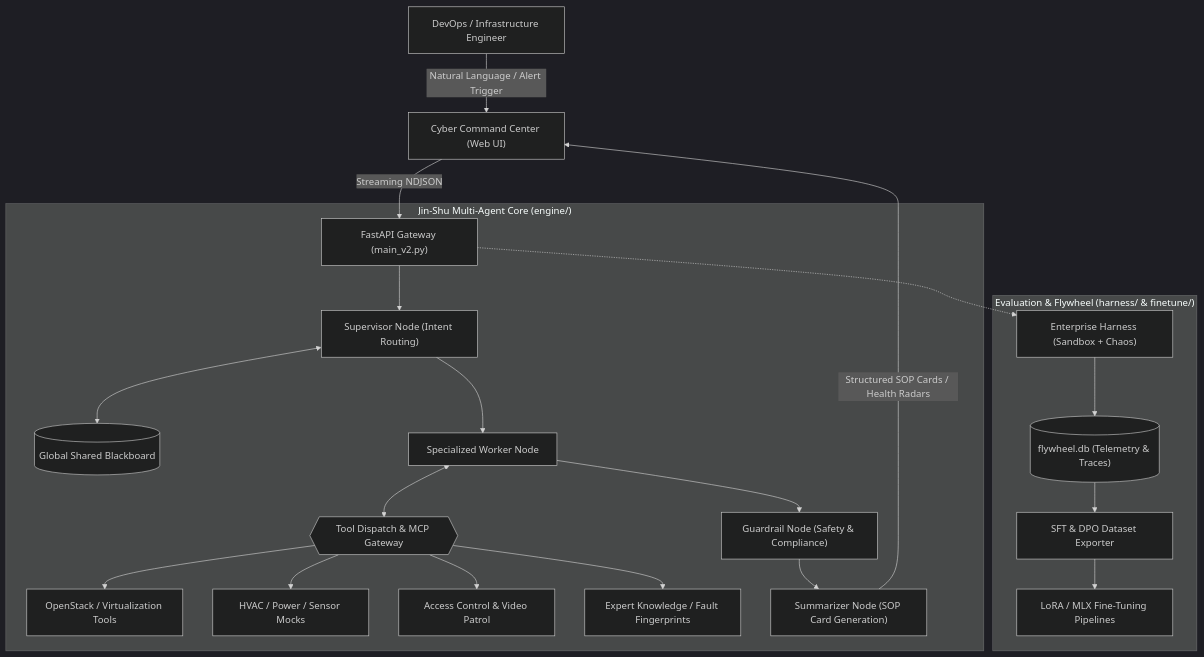
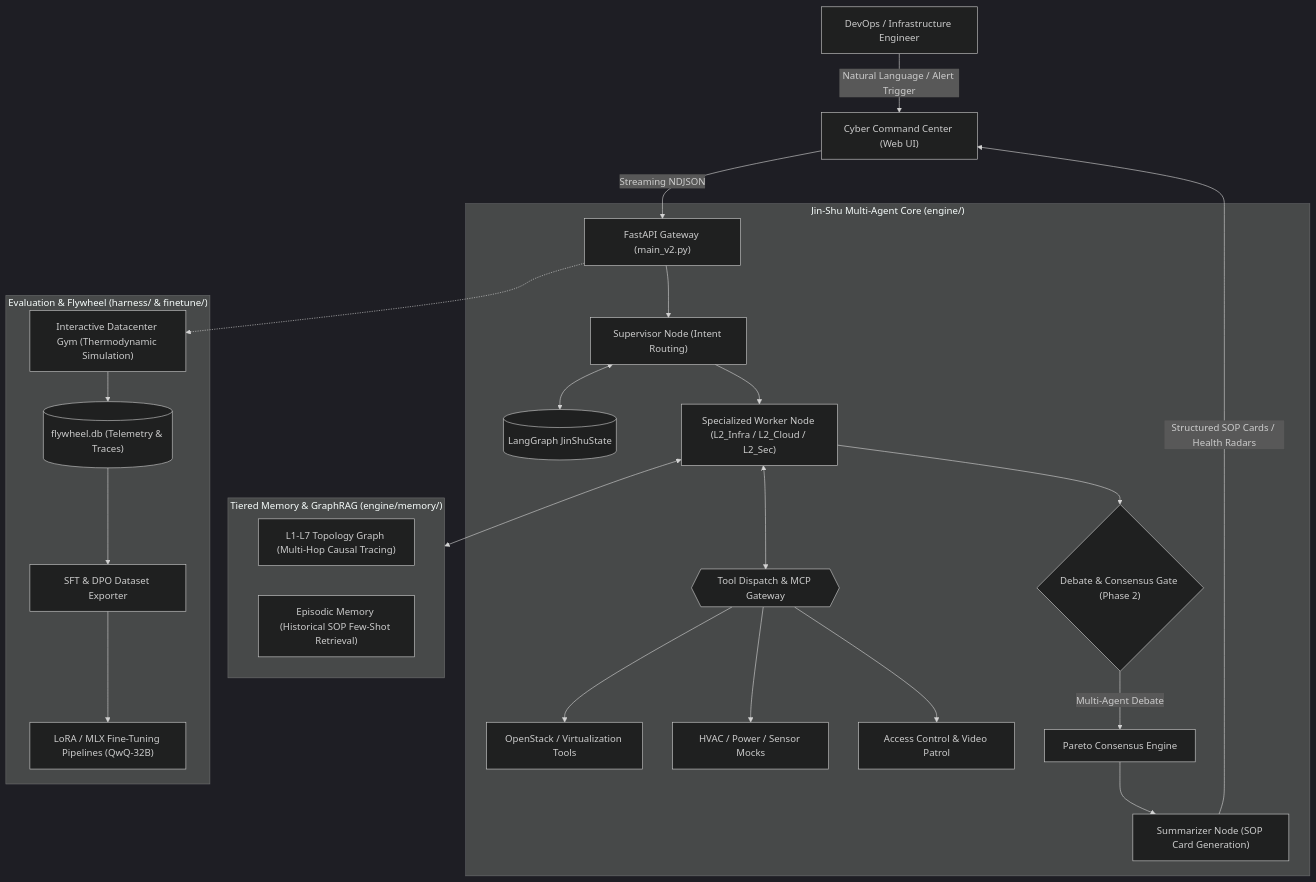
Before and after one commit to hanfield/Jinjing_Agent: the diagram in README.md, drawn with Mermaid (dark theme). The commit also changed other lines of this file and 7 other files, not shown here.

Commit message:
feat(phase-2): add multi-agent debate consensus, topology graphrag, episodic memory, and stateful gym

````diff
--- a/README.md
+++ b/README.md
@@ -33,30 +35,38 @@
 ```mermaid
 graph TD
     User["DevOps / Infrastructure Engineer"] -->|Natural Language / Alert Trigger| WebUI["Cyber Command Center (Web UI)"]
     WebUI -->|Streaming NDJSON| FastAPI["FastAPI Gateway (main_v2.py)"]
 
+    subgraph Memory_Layer ["Tiered Memory & GraphRAG (engine/memory/)"]
+        TopoGraph["L1-L7 Topology Graph (Multi-Hop Causal Tracing)"]
+        EpisodicMem["Episodic Memory (Historical SOP Few-Shot Retrieval)"]
+    end
+
     subgraph Core_Engine ["Jin-Shu Multi-Agent Core (engine/)"]
         FastAPI --> Supervisor["Supervisor Node (Intent Routing)"]
-        Supervisor <--> Blackboard[("Global Shared Blackboard")]
+        Supervisor <--> StateStore[("LangGraph JinShuState")]
         
-        Supervisor --> Worker["Specialized Worker Node"]
+        Supervisor --> Worker["Specialized Worker Node (L2_Infra / L2_Cloud / L2_Sec)"]
         Worker <--> ToolsGate{{"Tool Dispatch & MCP Gateway"}}
         
         ToolsGate --> CloudTools["OpenStack / Virtualization Tools"]
         ToolsGate --> InfraTools["HVAC / Power / Sensor Mocks"]
         ToolsGate --> SecurityTools["Access Control & Video Patrol"]
-        ToolsGate --> RAGTools["Expert Knowledge / Fault Fingerprints"]
 
-        Worker --> Guardrail["Guardrail Node (Safety & Compliance)"]
-        Guardrail --> Summarizer["Summarizer Node (SOP Card Generation)"]
+        Worker --> DebateGateway{"Debate & Consensus Gate (Phase 2)"}
+        DebateGateway -->|Multi-Agent Debate| Consensus["Pareto Consensus Engine"]
+        Consensus --> Summarizer["Summarizer Node (SOP Card Generation)"]
     end
 
+    Worker <--> Memory_Layer
+
     subgraph Data_Flywheel ["Evaluation & Flywheel (harness/ & finetune/)"]
-        FastAPI -.-> Harness["Enterprise Harness (Sandbox + Chaos)"]
+        FastAPI -.-> Harness["Interactive Datacenter Gym (Thermodynamic Simulation)"]
         Harness --> SQLiteDB[("flywheel.db (Telemetry & Traces)")]
         SQLiteDB --> Exporter["SFT & DPO Dataset Exporter"]
-        Exporter --> FineTune["LoRA / MLX Fine-Tuning Pipelines"]
+        Exporter --> FineTune["LoRA / MLX Fine-Tuning Pipelines (QwQ-32B)"]
     end
+
 
     Summarizer -->|Structured SOP Cards / Health Radars| WebUI
 ```
````
